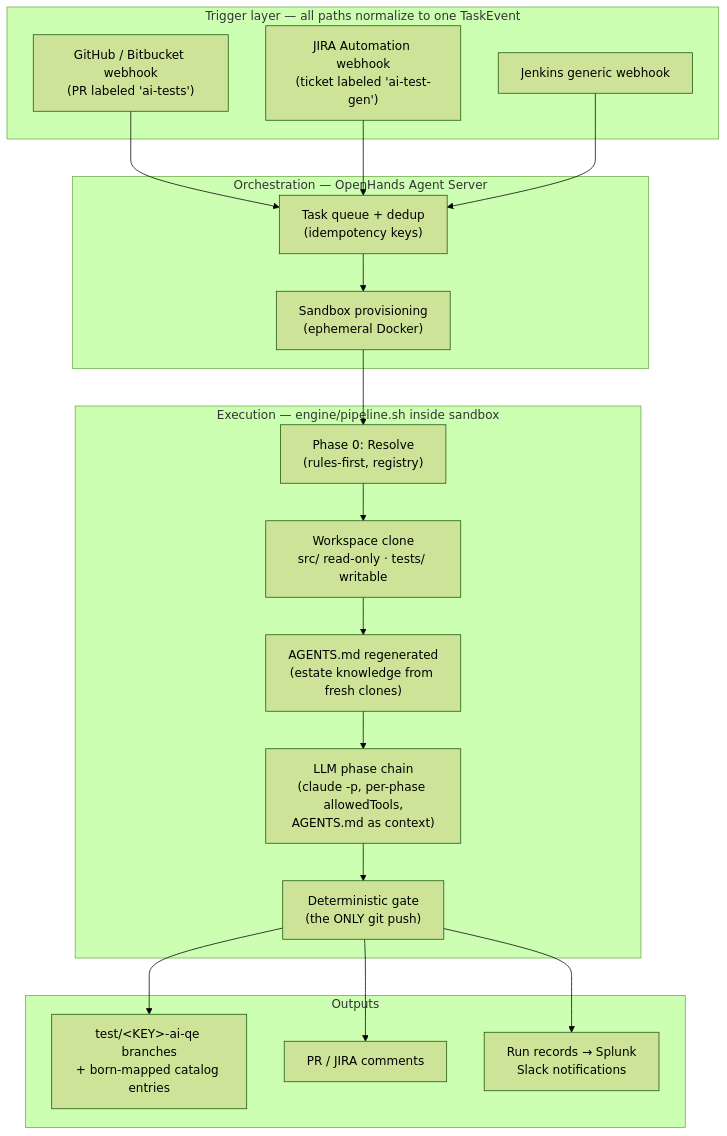
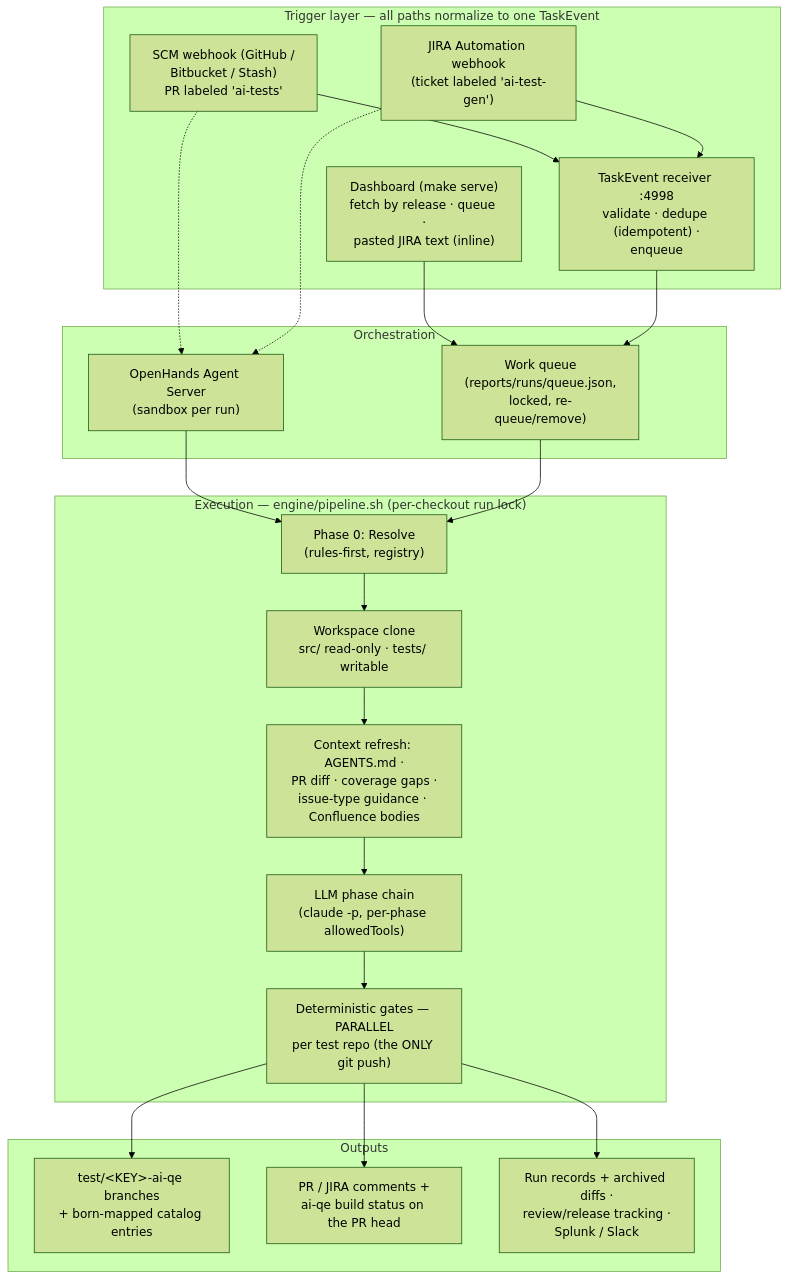
The first of 11 diagrams in docs/diagrams.md (anandtopu/auto-tests-gen), drawn with Mermaid (forest theme) before and after one commit. The commit also changed other lines of this file and 3 other files, not shown here.

First line of the commit message:
docs: bring documentation + architecture diagrams current with all shipped features

````diff
--- a/docs/diagrams.md
+++ b/docs/diagrams.md
@@ -8,35 +8,41 @@
 ```mermaid
 flowchart TB
     subgraph TRIGGERS["Trigger layer — all paths normalize to one TaskEvent"]
-        GH["GitHub / Bitbucket webhook<br/>(PR labeled 'ai-tests')"]
+        GH["SCM webhook (GitHub /<br/>Bitbucket / Stash)<br/>PR labeled 'ai-tests'"]
         JIRA["JIRA Automation webhook<br/>(ticket labeled 'ai-test-gen')"]
-        JENK["Jenkins generic webhook"]
+        UI["Dashboard (make serve)<br/>fetch by release · queue ·<br/>pasted JIRA text (inline)"]
+        HOOK["TaskEvent receiver :4998<br/>validate · dedupe (idempotent) ·<br/>enqueue"]
     end
 
-    subgraph ORCH["Orchestration — OpenHands Agent Server"]
-        Q["Task queue + dedup<br/>(idempotency keys)"]
-        SB["Sandbox provisioning<br/>(ephemeral Docker)"]
+    subgraph ORCH["Orchestration"]
+        OH["OpenHands Agent Server<br/>(sandbox per run)"]
+        WQ["Work queue<br/>(reports/runs/queue.json,<br/>locked, re-queue/remove)"]
     end
 
-    subgraph EXEC["Execution — engine/pipeline.sh inside sandbox"]
+    subgraph EXEC["Execution — engine/pipeline.sh (per-checkout run lock)"]
         R0["Phase 0: Resolve<br/>(rules-first, registry)"]
         CLONE["Workspace clone<br/>src/ read-only · tests/ writable"]
-        KB["AGENTS.md regenerated<br/>(estate knowledge from fresh clones)"]
-        PHASES["LLM phase chain<br/>(claude -p, per-phase allowedTools,<br/>AGENTS.md as context)"]
-        GATE["Deterministic gate<br/>(the ONLY git push)"]
+        CTX["Context refresh: AGENTS.md ·<br/>PR diff · coverage gaps ·<br/>issue-type guidance · Confluence bodies"]
+        PHASES["LLM phase chain<br/>(claude -p, per-phase allowedTools)"]
+        GATE["Deterministic gates — PARALLEL<br/>per test repo (the ONLY git push)"]
     end
 
     subgraph OUT["Outputs"]
         BR["test/&lt;KEY&gt;-ai-qe branches<br/>+ born-mapped catalog entries"]
-        CMT["PR / JIRA comments"]
-        TEL["Run records → Splunk<br/>Slack notifications"]
+        CMT["PR / JIRA comments +<br/>ai-qe build status on the PR head"]
+        REC["Run records + archived diffs ·<br/>review/release tracking ·<br/>Splunk / Slack"]
     end
 
-    GH --> Q
-    JIRA --> Q
-    JENK --> Q
-    Q --> SB --> R0 --> CLONE --> KB --> PHASES --> GATE
+    GH --> HOOK
+    JIRA --> HOOK
+    GH -.-> OH
+    JIRA -.-> OH
+    UI --> WQ
+    HOOK --> WQ
+    OH --> R0
+    WQ --> R0
+    R0 --> CLONE --> CTX --> PHASES --> GATE
     GATE --> BR
     GATE --> CMT
-    GATE --> TEL
+    GATE --> REC
 ```
````
